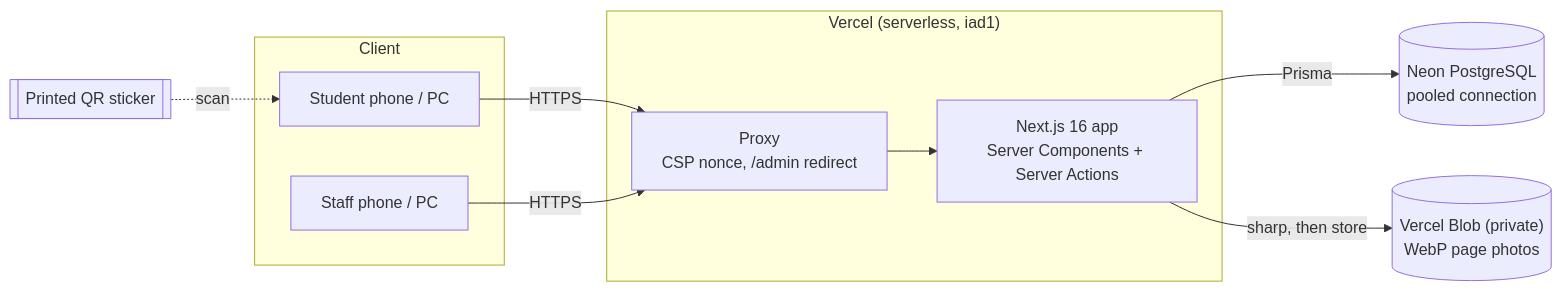
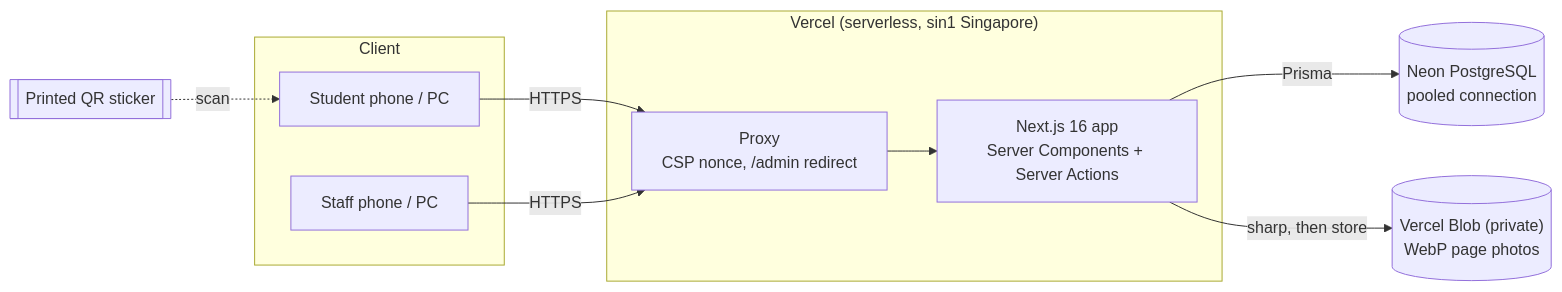
Before and after one commit to SUDARSUN-24/siam-library: the first of 5 diagrams in REPORT.md, drawn with Mermaid. The commit also changed other lines of this file and 2 other files, not shown here.

First line of the commit message:
Docs: Singapore hosting, GitHub auto-deploy, separate preview database and photo store

````diff
--- a/REPORT.md
+++ b/REPORT.md
@@ -84,19 +84,19 @@
 ```mermaid
 flowchart LR
   subgraph Client
     S[Student phone / PC]
     T[Staff phone / PC]
   end
-  subgraph Vercel["Vercel (serverless, iad1)"]
+  subgraph Vercel["Vercel (serverless, sin1 Singapore)"]
     P["Proxy<br/>CSP nonce, /admin redirect"]
     N["Next.js 16 app<br/>Server Components + Server Actions"]
   end
   U[("Vercel Blob (private)<br/>WebP page photos")]
   D[("Neon PostgreSQL<br/>pooled connection")]
   QR[[Printed QR sticker]] -. scan .-> S
   S -- HTTPS --> P
   T -- HTTPS --> P
   P --> N
   N -- Prisma --> D
   N -- sharp, then store --> U
 ```
````
